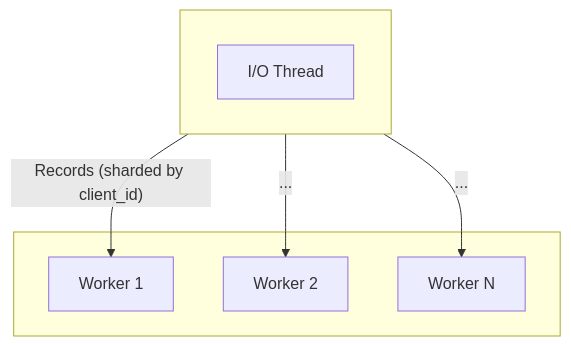
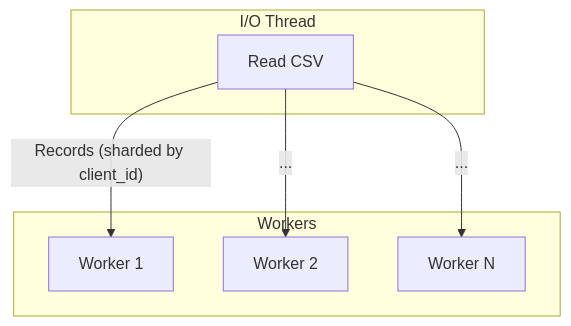
The second of 4 diagrams in README.md (stat/rs-accountant), drawn with Mermaid before and after one commit. The commit also changed other lines of this file and 1 other file, not shown here.

````diff
--- a/README.md
+++ b/README.md
@@ -153,15 +175,14 @@
 ```mermaid
 graph TD;
-    subgraph " "
-        direction LR
-        A[I/O Thread]
+    subgraph "I/O Thread"
+        A["Read CSV"]
     end
-    subgraph " "
-        B[Worker 1]
-        C[Worker 2]
-        D[Worker N]
+    subgraph "Workers"
+        B["Worker 1"]
+        C["Worker 2"]
+        D["Worker N"]
     end
     A -- "Records (sharded by client_id)" --> B;
     A -- "..." --> C;
     A -- "..." --> D;
 ```
````
